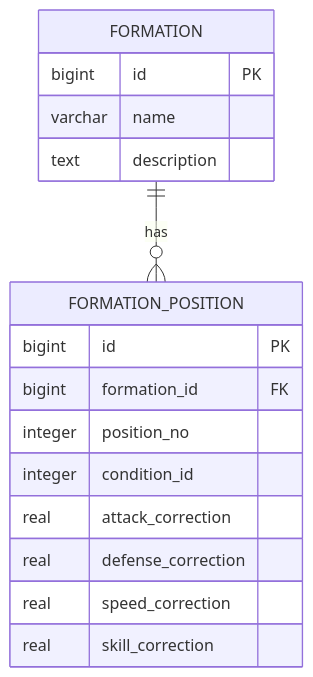
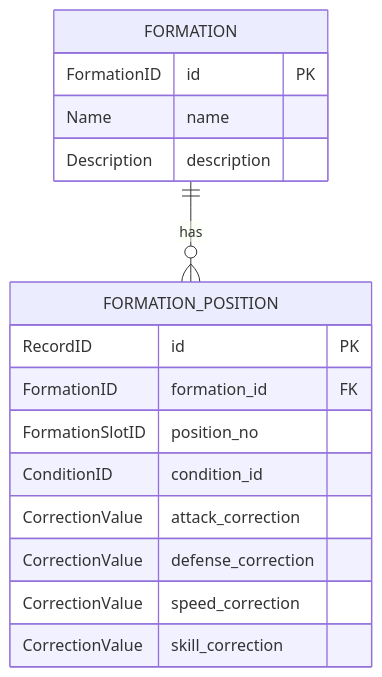
Before and after one commit to ReHydrangeaOdyssey/Specifications: the third of 5 diagrams in data_base.md, drawn with Mermaid. The commit also changed other lines of this file and 15 other files, not shown here.

````diff
--- a/data_base.md
+++ b/data_base.md
@@ -142,21 +143,21 @@
 ```mermaid
 erDiagram
     FORMATION {
-        bigint id PK
-        varchar name
-        text description
+        FormationID id PK
+        Name name
+        Description description
     }
 
     FORMATION_POSITION {
-        bigint id PK
-        bigint formation_id FK
-        integer position_no
-        integer condition_id
-        real attack_correction
-        real defense_correction
-        real speed_correction
-        real skill_correction
+        RecordID id PK
+        FormationID formation_id FK
+        FormationSlotID position_no
+        ConditionID condition_id
+        CorrectionValue attack_correction
+        CorrectionValue defense_correction
+        CorrectionValue speed_correction
+        CorrectionValue skill_correction
     }
 
     FORMATION ||--o{ FORMATION_POSITION : has
 ```
````
